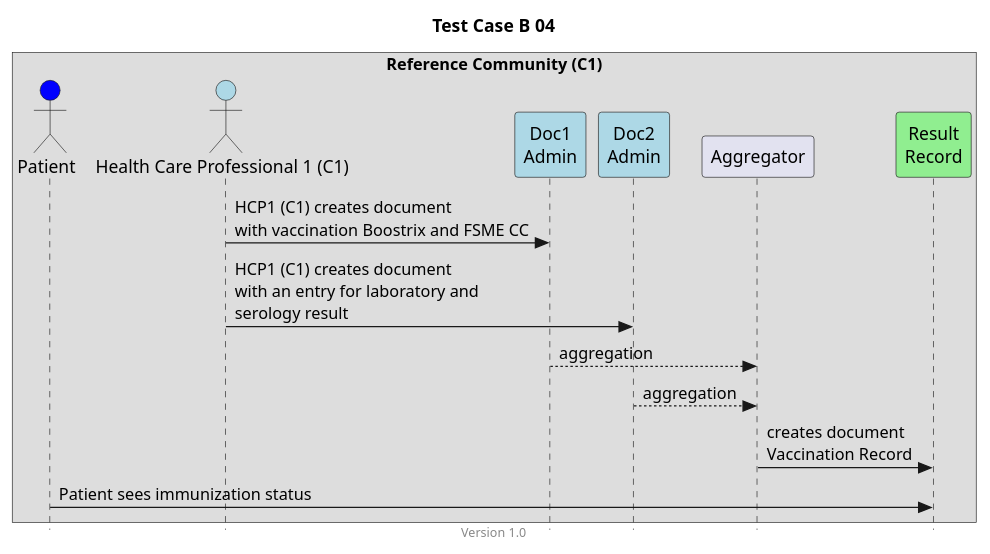
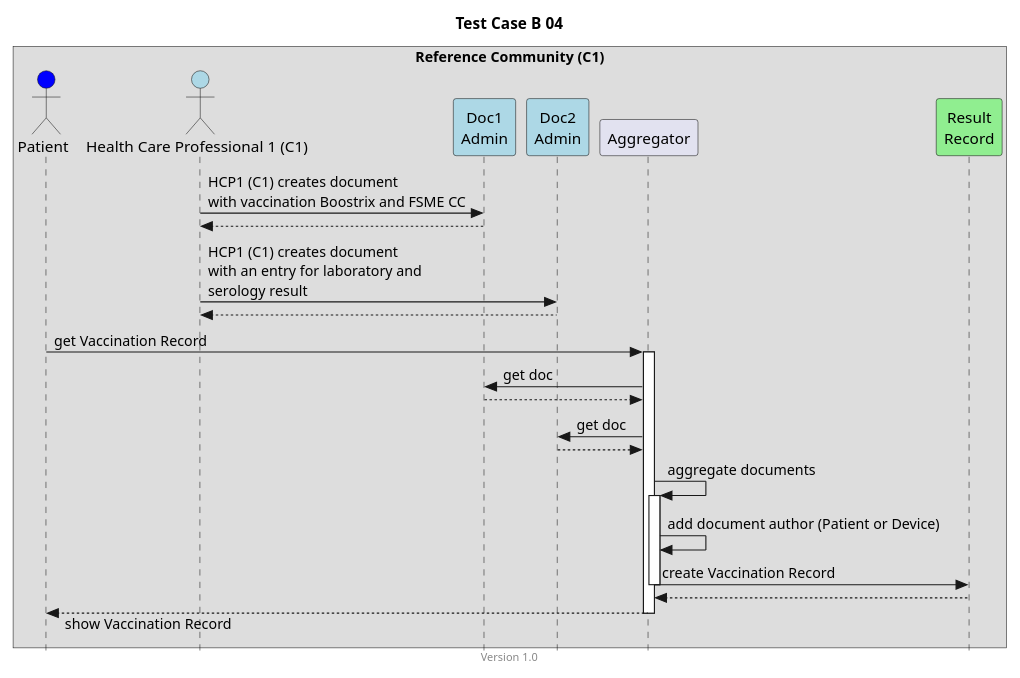
The diagram in input/images-source/TCB04.plantuml (hl7ch/ch-vacd), drawn with PlantUML before and after one commit. The commit also changed 17 other files, not shown here.

Commit message:
#190 rework the seq diagrams

```diff
--- a/input/images-source/TCB04.plantuml
+++ b/input/images-source/TCB04.plantuml
@@ -1,28 +1,44 @@
 @startuml
 title Test Case B 04
 footer Version 1.0
 skinparam responseMessageBelowArrow true
 skinparam style strictuml
 scale max 800 width
 
 
 box "Reference Community (C1)"
 actor "Patient" as PAT #blue
 actor "Health Care Professional 1 (C1)" as HCP1_C1 #lightblue
 participant "Doc1\nAdmin" as Doc1 #lightblue
 participant "Doc2\nAdmin" as Doc2 #lightblue
 participant Aggregator as AGG
 participant "Result\nRecord" as RES #lightgreen
 end box
 
 HCP1_C1 -> Doc1: HCP1 (C1) creates document\nwith vaccination Boostrix and FSME CC
+HCP1_C1 <-- Doc1
 
 HCP1_C1 -> Doc2: HCP1 (C1) creates document\nwith an entry for laboratory and\nserology result
+HCP1_C1 <-- Doc2
 
-Doc1 --> AGG: aggregation
-Doc2 --> AGG: aggregation
-AGG -> RES: creates document\nVaccination Record 
-PAT -> RES: Patient sees immunization status
+PAT -> AGG: get Vaccination Record
+activate AGG
+
+AGG -> Doc1: get doc
+AGG <-- Doc1
+
+AGG -> Doc2: get doc
+AGG <-- Doc2
+ 
+AGG -> AGG: aggregate documents 
+activate AGG
+AGG -> AGG: add document author (Patient or Device)
+AGG -> RES: create Vaccination Record
+deactivate AGG
+AGG <-- RES
+
+PAT <-- AGG: show Vaccination Record
+deactivate AGG
 
 
 @enduml
```
